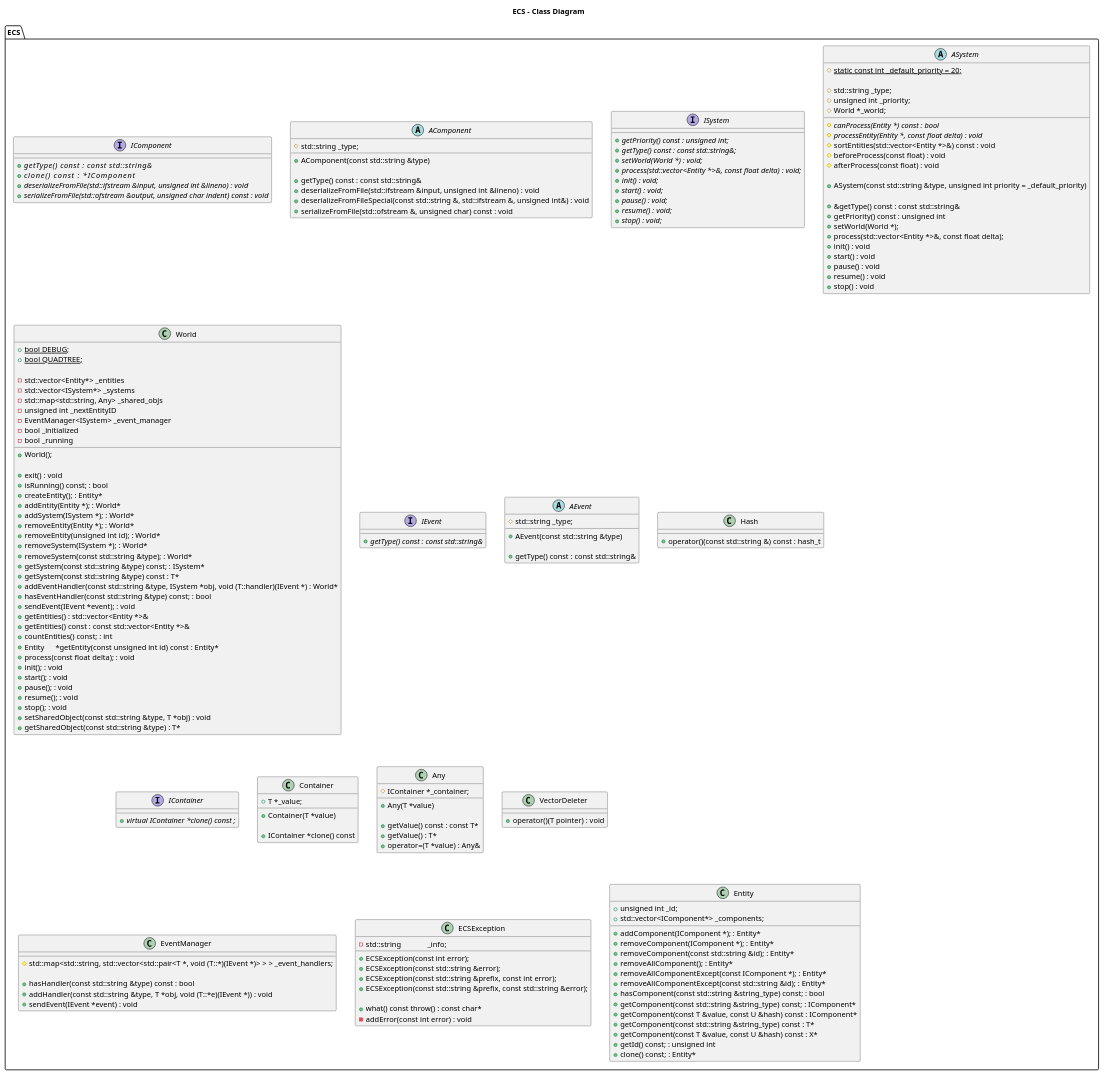
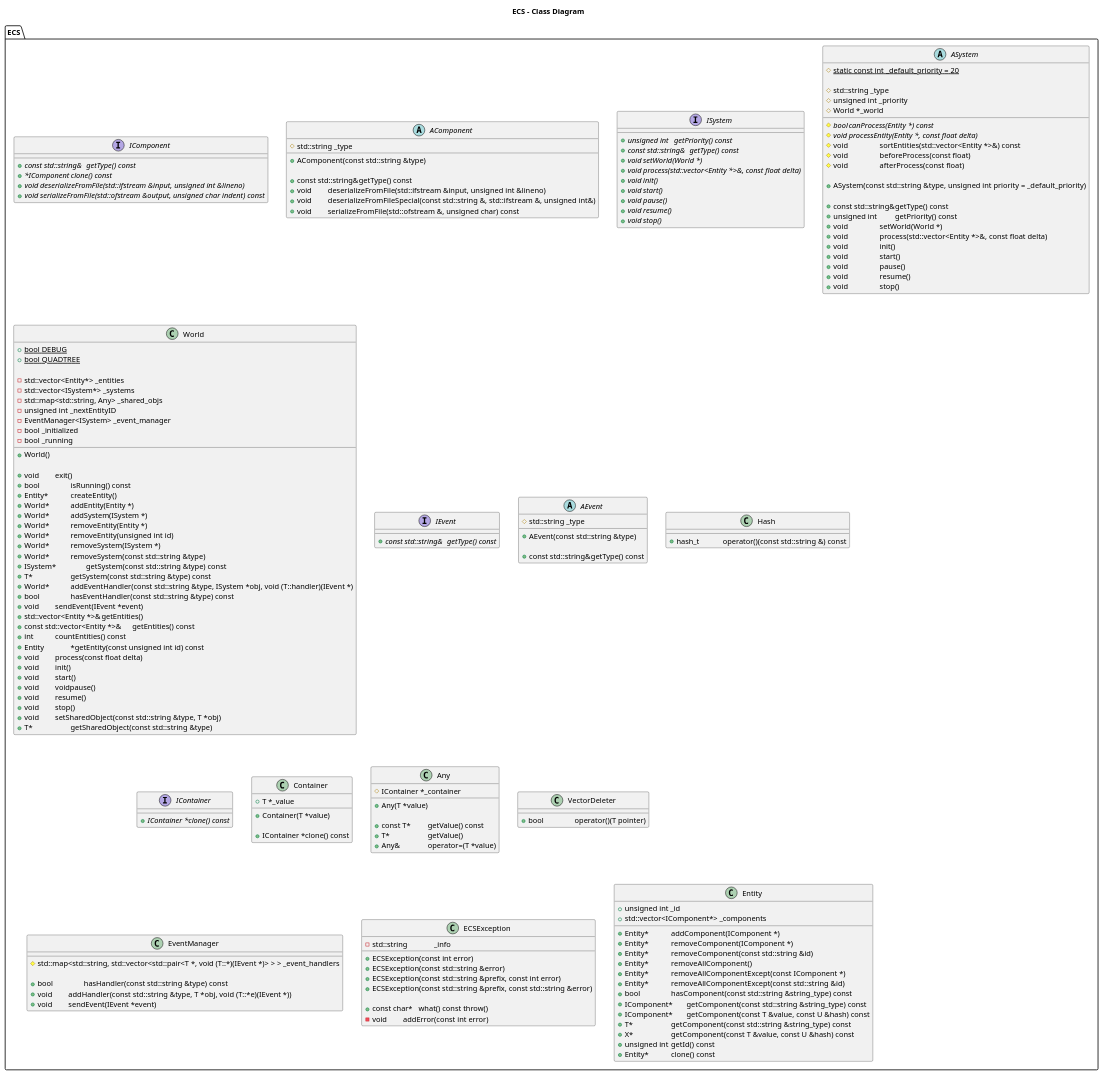
Before and after one commit to deb0ch/R-Type: the diagram in doc/UML/ECS-Classes.iuml, drawn with PlantUML. The commit also changed 6 other files, not shown here.

```diff
--- a/doc/UML/ECS-Classes.iuml
+++ b/doc/UML/ECS-Classes.iuml
@@ -1,189 +1,189 @@
 @startuml
 
 title ECS - Class Diagram
 
 package ECS {
 
 Interface IComponent {
-    +{abstract} getType() const         : const std::string&
-    +{abstract} clone() const           : *IComponent
-    +{abstract} deserializeFromFile(std::ifstream &input, unsigned int &lineno) : void
-    +{abstract} serializeFromFile(std::ofstream &output, unsigned char indent) const : void
+    +{abstract} const std::string&	getType() const
+    +{abstract} *IComponent	clone() const
+    +{abstract} void	deserializeFromFile(std::ifstream &input, unsigned int &lineno)
+    +{abstract} void	serializeFromFile(std::ofstream &output, unsigned char indent) const
 }
 
 Abstract Class AComponent {
-    #std::string _type;  
+    #std::string _type  
 
     +AComponent(const std::string &type)
 
-    +getType() const : const std::string&
-    +deserializeFromFile(std::ifstream &input, unsigned int &lineno) : void
-    +deserializeFromFileSpecial(const std::string &, std::ifstream &, unsigned int&) : void
-    +serializeFromFile(std::ofstream &, unsigned char) const : void
+    +const std::string&	getType() const
+    +void		deserializeFromFile(std::ifstream &input, unsigned int &lineno)
+    +void		deserializeFromFileSpecial(const std::string &, std::ifstream &, unsigned int&)
+    +void		serializeFromFile(std::ofstream &, unsigned char) const
 }
 
 Interface ISystem {
-    +{abstract}getPriority() const : unsigned int;
-    +{abstract}getType() const : const std::string&;
-    +{abstract}setWorld(World *) : void;
-    +{abstract}process(std::vector<Entity *>&, const float delta) : void;
-    +{abstract}init() : void;
-    +{abstract}start() : void;
-    +{abstract}pause() : void;
-    +{abstract}resume() : void;
-    +{abstract}stop() : void;
+    +{abstract}unsigned int	getPriority() const
+    +{abstract}const std::string&	getType() const
+    +{abstract}void	setWorld(World *)
+    +{abstract}void	process(std::vector<Entity *>&, const float delta)
+    +{abstract}void	init()
+    +{abstract}void	start()
+    +{abstract}void	pause()
+    +{abstract}void	resume()
+    +{abstract}void	stop()
 }
 
 Abstract class ASystem {
-  #{static}static const int _default_priority = 20;
+  #{static}static const int _default_priority = 20
 
-  #std::string _type;
-  #unsigned int _priority;
-  #World *_world;
+  #std::string _type
+  #unsigned int _priority
+  #World *_world
 
-  #{abstract}canProcess(Entity *) const : bool
-  #{abstract}processEntity(Entity *, const float delta) : void
-  #sortEntities(std::vector<Entity *>&) const : void
-  #beforeProcess(const float) : void
-  #afterProcess(const float) : void
+  #{abstract}bool	canProcess(Entity *) const
+  #{abstract}void	processEntity(Entity *, const float delta)
+  #void			sortEntities(std::vector<Entity *>&) const
+  #void			beforeProcess(const float)
+  #void			afterProcess(const float)
 
   +ASystem(const std::string &type, unsigned int priority = _default_priority)
   
-  +&getType() const : const std::string&
-  +getPriority() const : unsigned int
-  +setWorld(World *);
-  +process(std::vector<Entity *>&, const float delta);
-  +init() : void
-  +start() : void
-  +pause() : void
-  +resume() : void
-  +stop() : void
+  +const std::string&	getType() const
+  +unsigned int		getPriority() const
+  +void			setWorld(World *)
+  +void			process(std::vector<Entity *>&, const float delta)
+  +void			init()
+  +void			start()
+  +void			pause()
+  +void			resume()
+  +void			stop()
 }
 
 Class World {
-    +{static}bool DEBUG;
-    +{static}bool QUADTREE;
+    +{static}bool DEBUG
+    +{static}bool QUADTREE
 
     -std::vector<Entity*> _entities
     -std::vector<ISystem*> _systems
     -std::map<std::string, Any> _shared_objs
     -unsigned int _nextEntityID
     -EventManager<ISystem> _event_manager
     -bool _initialized
     -bool _running
 
-    +World();
+    +World()
     
-    +exit() : void
-    +isRunning() const; : bool
-    +createEntity(); : Entity*
-    +addEntity(Entity *); : World*
-    +addSystem(ISystem *); : World*
-    +removeEntity(Entity *); : World*
-    +removeEntity(unsigned int id); : World*
-    +removeSystem(ISystem *); : World*
-    +removeSystem(const std::string &type); : World*
-    +getSystem(const std::string &type) const; : ISystem*
-    +getSystem(const std::string &type) const : T*
-    +addEventHandler(const std::string &type, ISystem *obj, void (T::handler)(IEvent *) : World*
-    +hasEventHandler(const std::string &type) const; : bool
-    +sendEvent(IEvent *event); : void
-    +getEntities() : std::vector<Entity *>&
-    +getEntities() const : const std::vector<Entity *>&
-    +countEntities() const; : int
-    +Entity	*getEntity(const unsigned int id) const : Entity*
-    +process(const float delta); : void
-    +init(); : void
-    +start(); : void
-    +pause(); : void
-    +resume(); : void
-    +stop(); : void
-    +setSharedObject(const std::string &type, T *obj) : void
-    +getSharedObject(const std::string &type) : T*
+    +void		exit()
+    +bool		isRunning() const
+    +Entity*		createEntity()
+    +World*		addEntity(Entity *)
+    +World*		addSystem(ISystem *)
+    +World*		removeEntity(Entity *)
+    +World*		removeEntity(unsigned int id)
+    +World*		removeSystem(ISystem *)
+    +World*		removeSystem(const std::string &type)
+    +ISystem*		getSystem(const std::string &type) const
+    +T*			getSystem(const std::string &type) const
+    +World*		addEventHandler(const std::string &type, ISystem *obj, void (T::handler)(IEvent *)
+    +bool		hasEventHandler(const std::string &type) const
+    +void		sendEvent(IEvent *event)
+    +std::vector<Entity *>&	getEntities()
+    +const std::vector<Entity *>&	getEntities() const
+    +int		countEntities() const
+    +Entity		*getEntity(const unsigned int id) const
+    +void		process(const float delta)
+    +void		init()
+    +void		start()
+    +void		voidpause()
+    +void		resume()
+    +void		stop()
+    +void		setSharedObject(const std::string &type, T *obj)
+    +T*			getSharedObject(const std::string &type)
 }
 
 Interface IEvent {
-    +{abstract}getType() const : const std::string&
+    +{abstract}const std::string&	getType() const
 }
 
 Abstract Class AEvent {
-    #std::string _type;
+    #std::string _type
 
     +AEvent(const std::string &type)
     
-    +getType() const : const std::string&
+    +const std::string&	getType() const
 }
 
 Class Hash {
-    +operator()(const std::string &) const : hash_t
+    +hash_t		operator()(const std::string &) const
 }
 
 Interface IContainer {
 
-    +{abstract}virtual IContainer *clone() const ;
+    +{abstract}IContainer *clone() const 
 }
 
 Class Container {
-    +T *_value;
+    +T *_value
     
     +Container(T *value)
     
     +IContainer *clone() const
 }
 
 Class Any {
-    #IContainer *_container;
+    #IContainer *_container
 
     +Any(T *value)
 
-    +getValue() const : const T*
-    +getValue() : T*
-    +operator=(T *value) : Any&
+    +const T*		getValue() const
+    +T*			getValue()
+    +Any&		operator=(T *value)
 }
 
 Class VectorDeleter {
-    +operator()(T pointer) : void
+    +bool		operator()(T pointer)
 }
 
 Class EventManager {
-    #std::map<std::string, std::vector<std::pair<T *, void (T::*)(IEvent *)> > > _event_handlers;
+    #std::map<std::string, std::vector<std::pair<T *, void (T::*)(IEvent *)> > > _event_handlers
 
-    +hasHandler(const std::string &type) const : bool
-    +addHandler(const std::string &type, T *obj, void (T::*e)(IEvent *)) : void
-    +sendEvent(IEvent *event) : void
+    +bool		hasHandler(const std::string &type) const
+    +void		addHandler(const std::string &type, T *obj, void (T::*e)(IEvent *))
+    +void		sendEvent(IEvent *event)
 }
 
 Class ECSException {
-    -std::string		_info;
+    -std::string		_info
 
-    +ECSException(const int error);
-    +ECSException(const std::string &error);
-    +ECSException(const std::string &prefix, const int error);
-    +ECSException(const std::string &prefix, const std::string &error);
+    +ECSException(const int error)
+    +ECSException(const std::string &error)
+    +ECSException(const std::string &prefix, const int error)
+    +ECSException(const std::string &prefix, const std::string &error)
 
-    +what() const throw() : const char*
-    -addError(const int error) : void
+    +const char*	what() const throw()
+    -void		addError(const int error)
 }
 
 Class Entity {
-    +unsigned int _id;
-    +std::vector<IComponent*> _components;
+    +unsigned int _id
+    +std::vector<IComponent*> _components
 
-    +addComponent(IComponent *); : Entity*
-    +removeComponent(IComponent *); : Entity*
-    +removeComponent(const std::string &id); : Entity*
-    +removeAllComponent(); : Entity*
-    +removeAllComponentExcept(const IComponent *); : Entity*
-    +removeAllComponentExcept(const std::string &id); : Entity*
-    +hasComponent(const std::string &string_type) const; : bool
-    +getComponent(const std::string &string_type) const; : IComponent*
-    +getComponent(const T &value, const U &hash) const : IComponent*
-    +getComponent(const std::string &string_type) const : T*
-    +getComponent(const T &value, const U &hash) const : X*
-    +getId() const; : unsigned int
-    +clone() const; : Entity*
+    +Entity*		addComponent(IComponent *)
+    +Entity*		removeComponent(IComponent *)
+    +Entity*		removeComponent(const std::string &id)
+    +Entity*		removeAllComponent()
+    +Entity*		removeAllComponentExcept(const IComponent *)
+    +Entity*		removeAllComponentExcept(const std::string &id)
+    +bool		hasComponent(const std::string &string_type) const
+    +IComponent*	getComponent(const std::string &string_type) const
+    +IComponent*	getComponent(const T &value, const U &hash) const
+    +T*			getComponent(const std::string &string_type) const
+    +X*			getComponent(const T &value, const U &hash) const
+    +unsigned int	getId() const
+    +Entity*		clone() const
 }
 
 }
 
 @enduml
```
